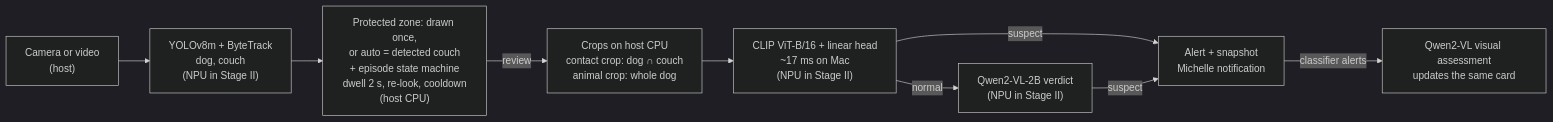
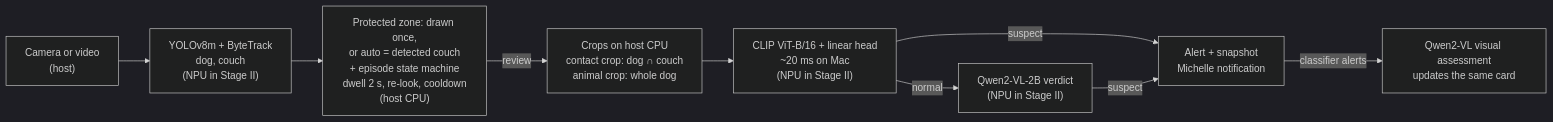
One commit to KevinBwk/MischiefCam changed the diagram in README.md. Above: the diagram before and after it, drawn with Mermaid (dark theme). The commit also changed other lines of this file and 2 other files, not shown here.

````diff
--- a/README.md
+++ b/README.md
@@ -57,11 +58,11 @@
 ```mermaid
 flowchart LR
     CAM["Camera or video<br/>(host)"] --> DET["YOLOv8m + ByteTrack<br/>dog, couch<br/>(NPU in Stage II)"]
     DET --> ZONE["Protected zone: drawn once,<br/>or auto = detected couch<br/>+ episode state machine<br/>dwell 2 s, re-look, cooldown<br/>(host CPU)"]
     ZONE -->|review| CROP["Crops on host CPU<br/>contact crop: dog ∩ couch<br/>animal crop: whole dog"]
-    CROP --> CLF["CLIP ViT-B/16 + linear head<br/>~17 ms on Mac<br/>(NPU in Stage II)"]
+    CROP --> CLF["CLIP ViT-B/16 + linear head<br/>~20 ms on Mac<br/>(NPU in Stage II)"]
     CLF -->|suspect| ALERT["Alert + snapshot<br/>Michelle notification"]
     CLF -->|normal| VLM["Qwen2-VL-2B verdict<br/>(NPU in Stage II)"]
     VLM -->|suspect| ALERT
     ALERT -->|classifier alerts| EXPL["Qwen2-VL visual assessment<br/>updates the same card"]
 ```
````
